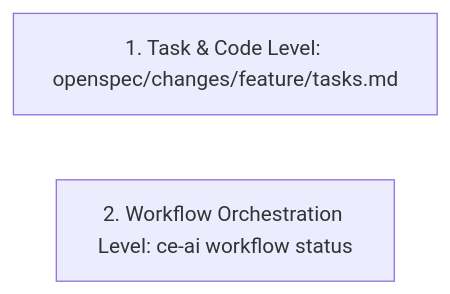
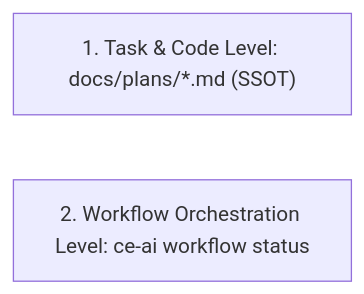
Before and after one commit to mastepanoski/ce-ai: the third of 3 diagrams in docs/user-guide/compound-engineering-workflow-explained.md, drawn with Mermaid. The commit also changed other lines of this file and 34 other files, not shown here.

First line of the commit message:
feat(arch): unify living architecture in docs/arch and decouple progress to docs/plans (#496)

````diff
--- a/docs/user-guide/compound-engineering-workflow-explained.md
+++ b/docs/user-guide/compound-engineering-workflow-explained.md
@@ -109,5 +109,5 @@
 ```mermaid
 flowchart LR
-    TASK_LEVEL["1. Task & Code Level: openspec/changes/feature/tasks.md"]
+    TASK_LEVEL["1. Task & Code Level: docs/plans/*.md (SSOT)"]
     WORKFLOW_LEVEL["2. Workflow Orchestration Level: ce-ai workflow status"]
 ```
````
